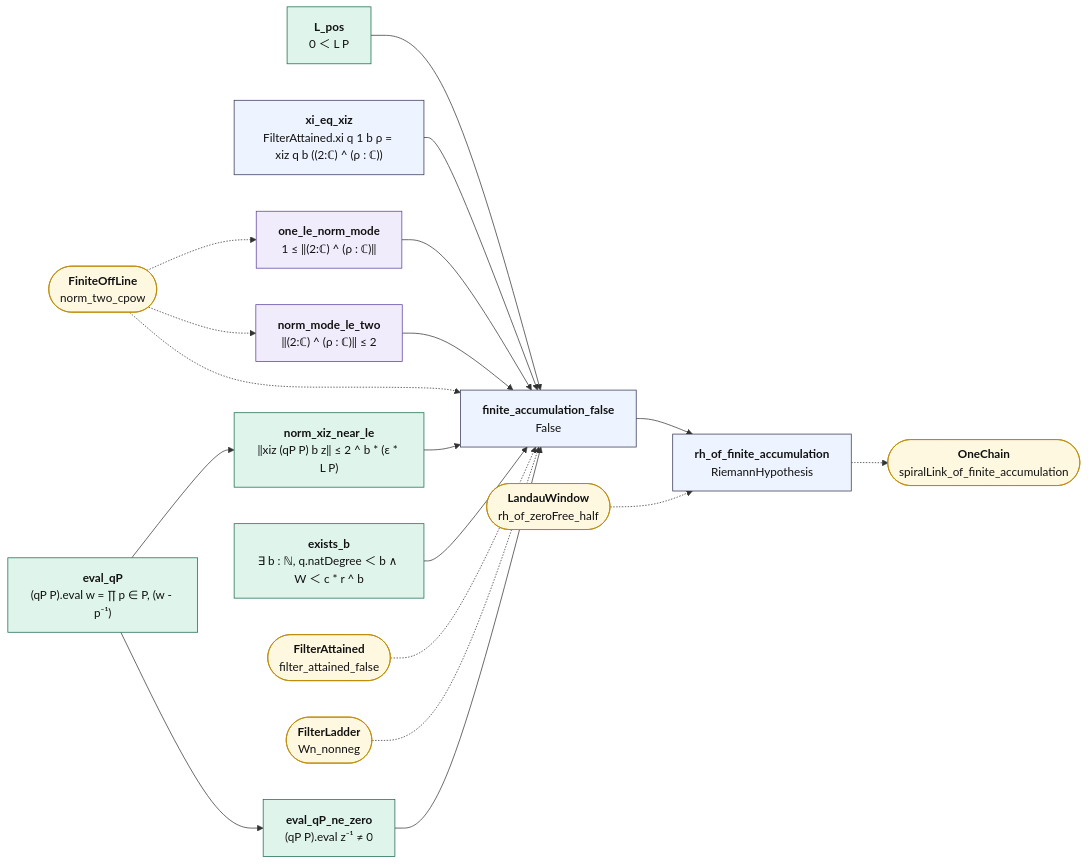
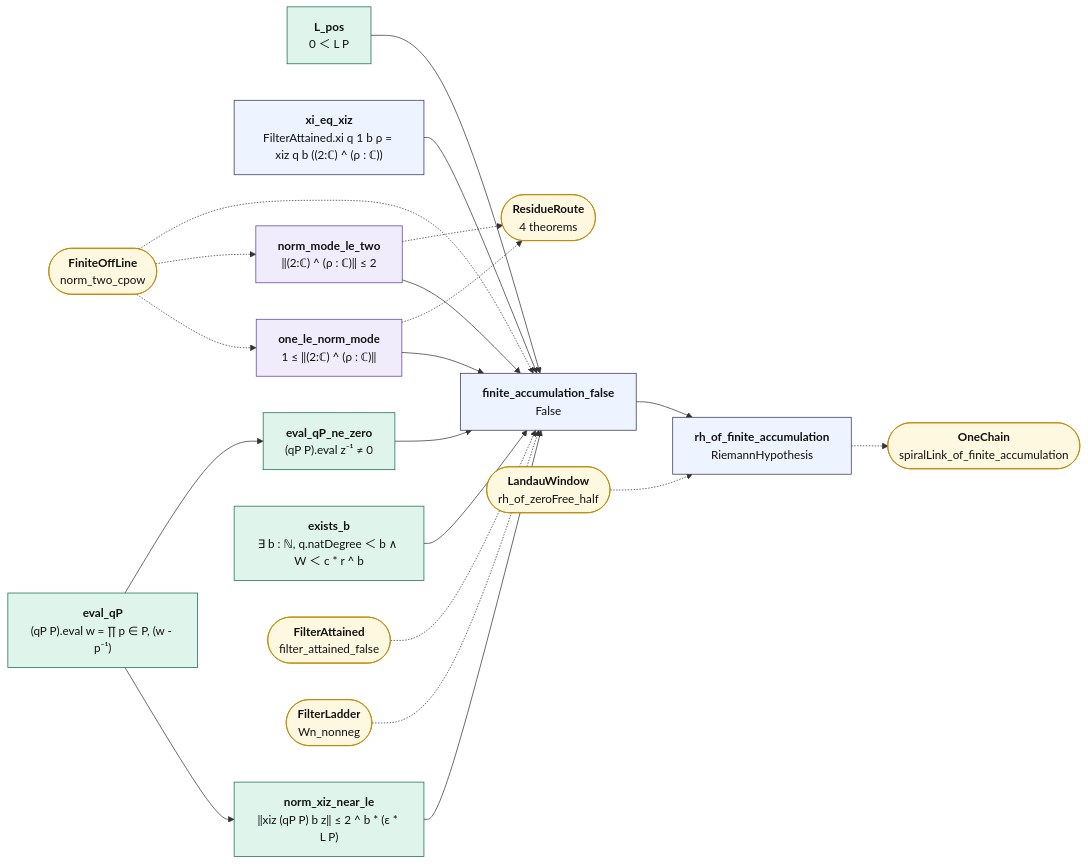
The diagram in map/lean_stage3/FilterAccum.mmd (juliansambranojr/Primebeat_081426), drawn with Mermaid before and after one commit. The commit also changed 24 other files, not shown here.

```diff
--- a/map/lean_stage3/FilterAccum.mmd
+++ b/map/lean_stage3/FilterAccum.mmd
@@ -1,41 +1,44 @@
 flowchart LR
   n0["<b>eval_qP</b><br/>(qP P).eval w = ∏ p ∈ P, (w - p⁻¹)"]:::cnt
   n1["<b>L_pos</b><br/>0 ＜ L P"]:::cnt
   n2["<b>xi_eq_xiz</b><br/>FilterAttained.xi q 1 b ρ = xiz q b ((2:ℂ) ^ (ρ : ℂ))"]:::thm
   n3["<b>one_le_norm_mode</b><br/>1 ≤ ‖(2:ℂ) ^ (ρ : ℂ)‖"]:::shp
   n4["<b>norm_mode_le_two</b><br/>‖(2:ℂ) ^ (ρ : ℂ)‖ ≤ 2"]:::shp
   n5["<b>norm_xiz_near_le</b><br/>‖xiz (qP P) b z‖ ≤ 2 ^ b * (ε * L P)"]:::cnt
   n6["<b>eval_qP_ne_zero</b><br/>(qP P).eval z⁻¹ ≠ 0"]:::cnt
   n7["<b>exists_b</b><br/>∃ b : ℕ, q.natDegree ＜ b ∧ W ＜ c * r ^ b"]:::cnt
   n8["<b>finite_accumulation_false</b><br/>False"]:::thm
   n9["<b>rh_of_finite_accumulation</b><br/>RiemannHypothesis"]:::thm
   x0(["<b>FiniteOffLine</b><br/>norm_two_cpow"]):::ext
-  x1(["<b>FilterAttained</b><br/>filter_attained_false"]):::ext
-  x2(["<b>FilterLadder</b><br/>Wn_nonneg"]):::ext
-  x3(["<b>LandauWindow</b><br/>rh_of_zeroFree_half"]):::ext
-  x4(["<b>OneChain</b><br/>spiralLink_of_finite_accumulation"]):::ext
+  x1(["<b>ResidueRoute</b><br/>4 theorems"]):::ext
+  x2(["<b>FilterAttained</b><br/>filter_attained_false"]):::ext
+  x3(["<b>FilterLadder</b><br/>Wn_nonneg"]):::ext
+  x4(["<b>LandauWindow</b><br/>rh_of_zeroFree_half"]):::ext
+  x5(["<b>OneChain</b><br/>spiralLink_of_finite_accumulation"]):::ext
   n0 --> n5
   n0 --> n6
   n1 --> n8
   n2 --> n8
   n3 --> n8
   n4 --> n8
   n5 --> n8
   n6 --> n8
   n7 --> n8
   n8 --> n9
-  n9 -.-> x4
+  n3 -.-> x1
+  n4 -.-> x1
+  n9 -.-> x5
   x0 -.-> n3
   x0 -.-> n4
   x0 -.-> n8
-  x1 -.-> n8
   x2 -.-> n8
-  x3 -.-> n9
+  x3 -.-> n8
+  x4 -.-> n9
   classDef cnt fill:#dff5ec,stroke:#17694a,color:#111
   classDef shp fill:#f1ecfb,stroke:#5b3fa0,color:#111
   classDef rh fill:#ffe5e5,stroke:#c22,color:#111,stroke-width:2px
   classDef thm fill:#eef4ff,stroke:#335,color:#111
   classDef end_ fill:#e7f7e7,stroke:#2a7,color:#111,stroke-width:2px
   classDef lone fill:#fff,stroke:#999,color:#111,stroke-dasharray:4 3
   classDef bad fill:#ffe5e5,stroke:#c22,color:#111,stroke-width:2px
   classDef ext fill:#fff8e1,stroke:#b80,color:#111
```
